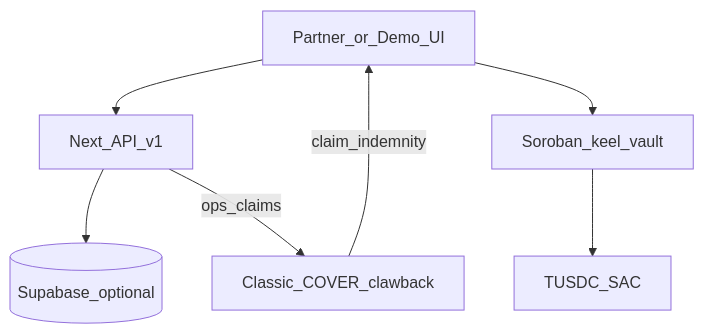
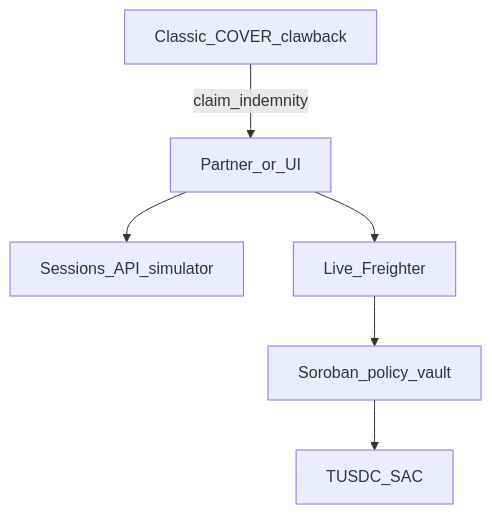
One commit to wrever/bind changed the diagram in docs/ARCHITECTURE.md. Above: the diagram before and after it, drawn with Mermaid. The commit also changed other lines of this file and 9 other files, not shown here.

````diff
--- a/docs/ARCHITECTURE.md
+++ b/docs/ARCHITECTURE.md
@@ -20,16 +22,15 @@
 ```mermaid
 flowchart TB
-  partner[Partner_or_Demo_UI]
-  api[Next_API_v1]
-  sb[(Supabase_optional)]
-  vault[Soroban_keel_vault]
+  partner[Partner_or_UI]
+  sim[Sessions_API_simulator]
+  live[Live_Freighter]
+  vault[Soroban_policy_vault]
   cover[Classic_COVER_clawback]
   tusdc[TUSDC_SAC]
 
-  partner --> api
-  api --> sb
-  partner --> vault
+  partner --> sim
+  partner --> live
+  live --> vault
   vault --> tusdc
   cover -->|claim_indemnity| partner
-  api -->|ops_claims| cover
 ```
````
